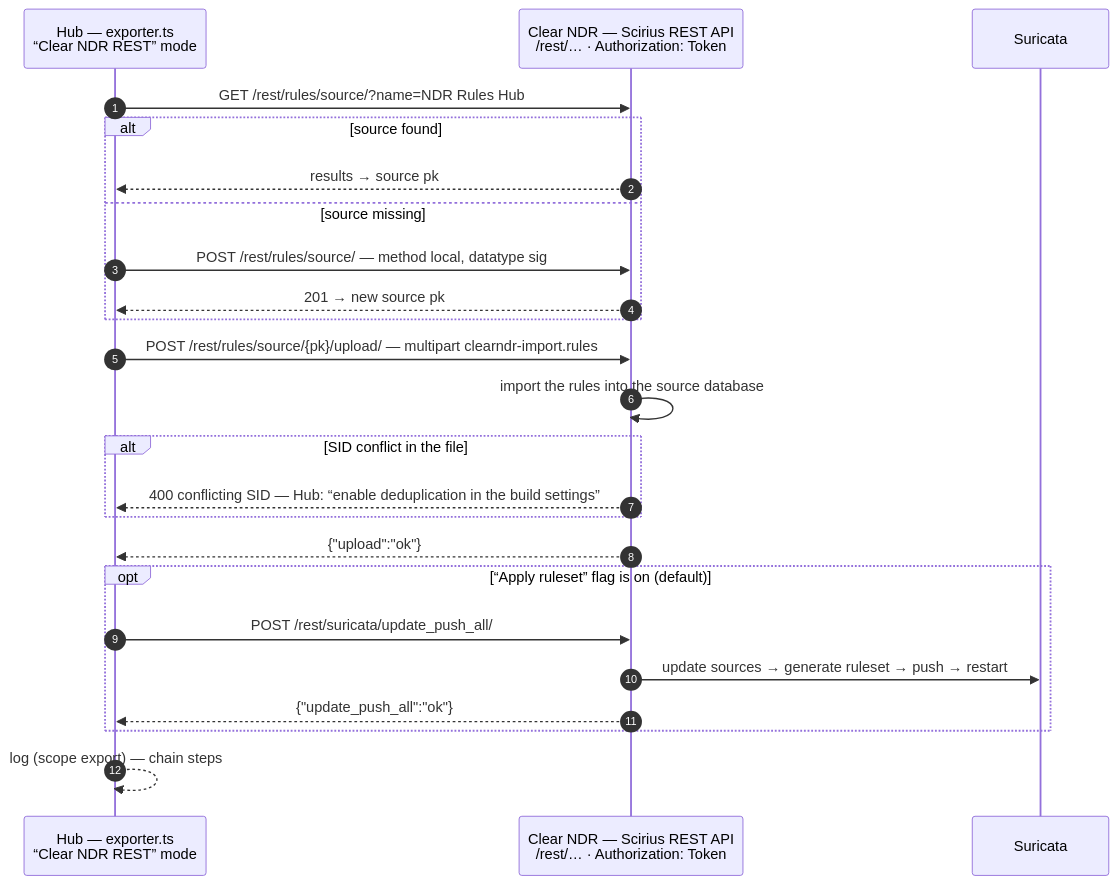
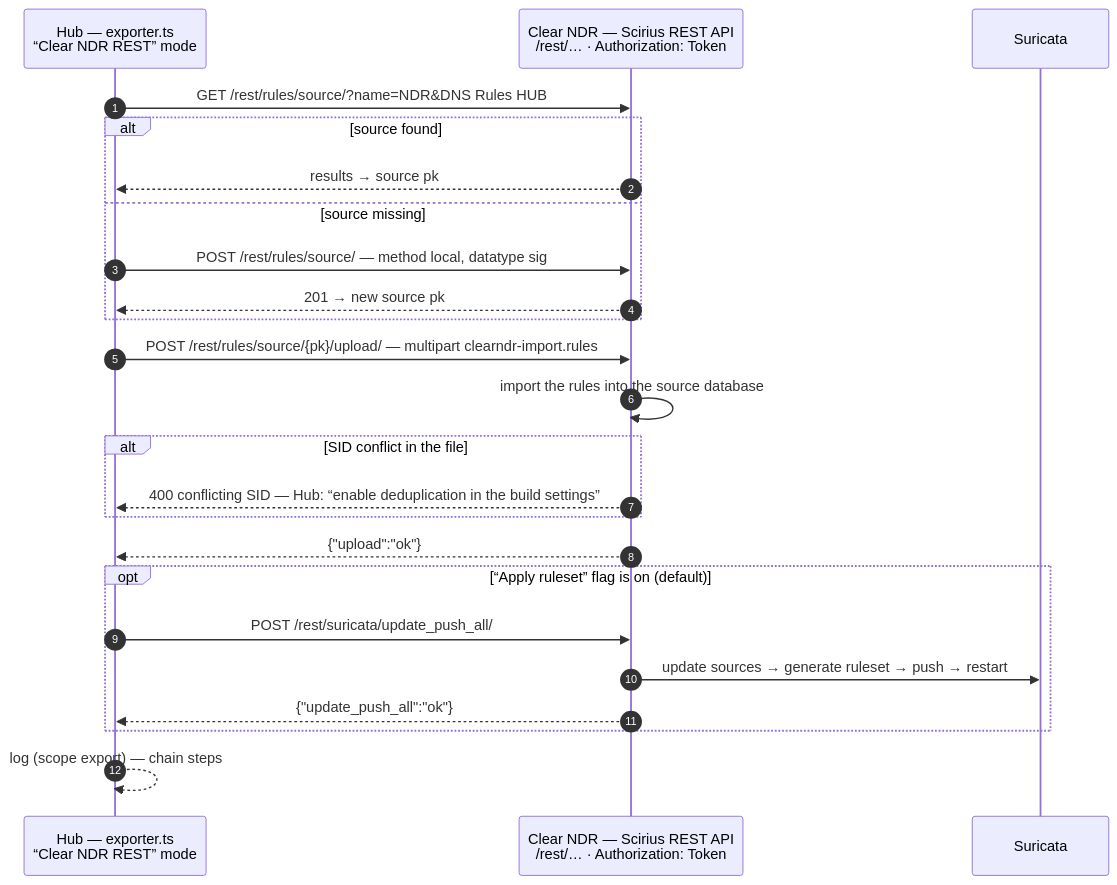
One commit to NoIDXMV6/ndr-rules-hub changed the eighth of 9 diagrams in architecture.en.md. Above: the diagram before and after it, drawn with Mermaid. The commit also changed other lines of this file and 64 other files, not shown here.

````diff
--- a/architecture.en.md
+++ b/architecture.en.md
@@ -618,27 +618,27 @@
 ```mermaid
 sequenceDiagram
     autonumber
     participant H as Hub — exporter.ts<br/>“Clear NDR REST” mode
     participant A as Clear NDR — Scirius REST API<br/>/rest/… · Authorization: Token
     participant X as Suricata
 
-    H->>A: GET /rest/rules/source/?name=NDR Rules Hub
+    H->>A: GET /rest/rules/source/?name=NDR&DNS Rules HUB
     alt source found
         A-->>H: results → source pk
     else source missing
         H->>A: POST /rest/rules/source/ — method local, datatype sig
         A-->>H: 201 → new source pk
     end
     H->>A: POST /rest/rules/source/{pk}/upload/ — multipart clearndr-import.rules
     A->>A: import the rules into the source database
     alt SID conflict in the file
         A-->>H: 400 conflicting SID — Hub: “enable deduplication in the build settings”
     end
     A-->>H: {"upload":"ok"}
     opt “Apply ruleset” flag is on (default)
         H->>A: POST /rest/suricata/update_push_all/
         A->>X: update sources → generate ruleset → push → restart
         A-->>H: {"update_push_all":"ok"}
     end
     H-->>H: log (scope export) — chain steps
 ```
````
